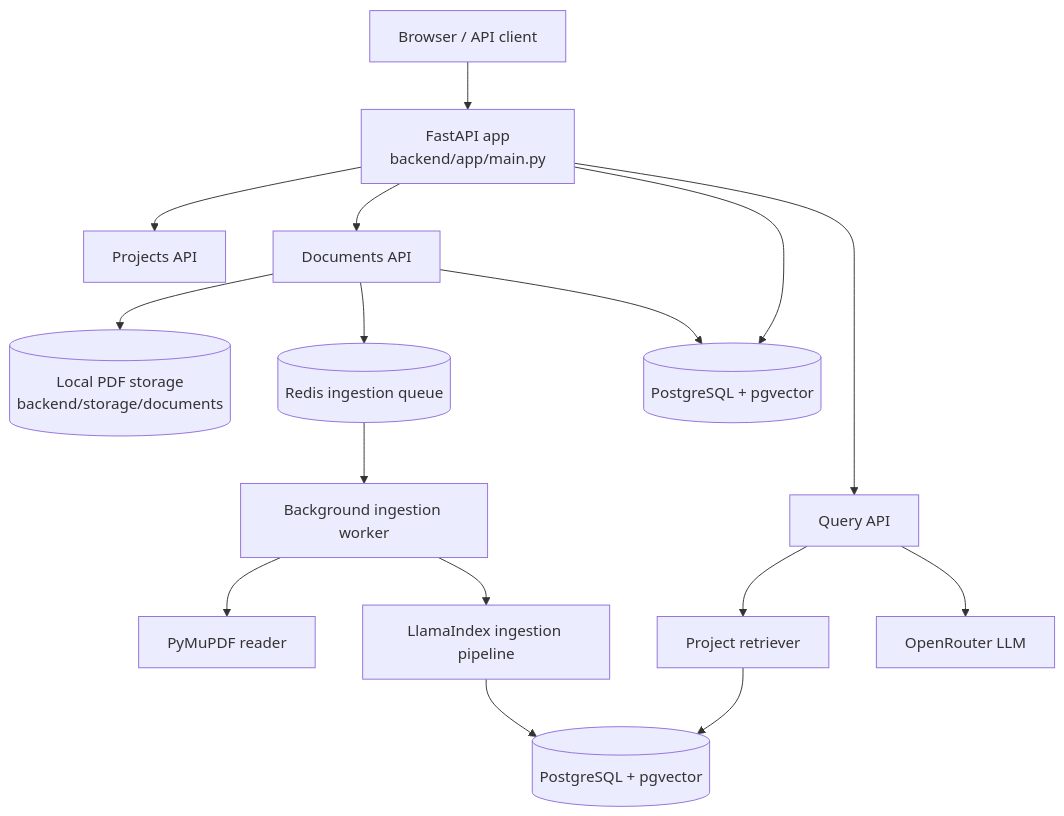
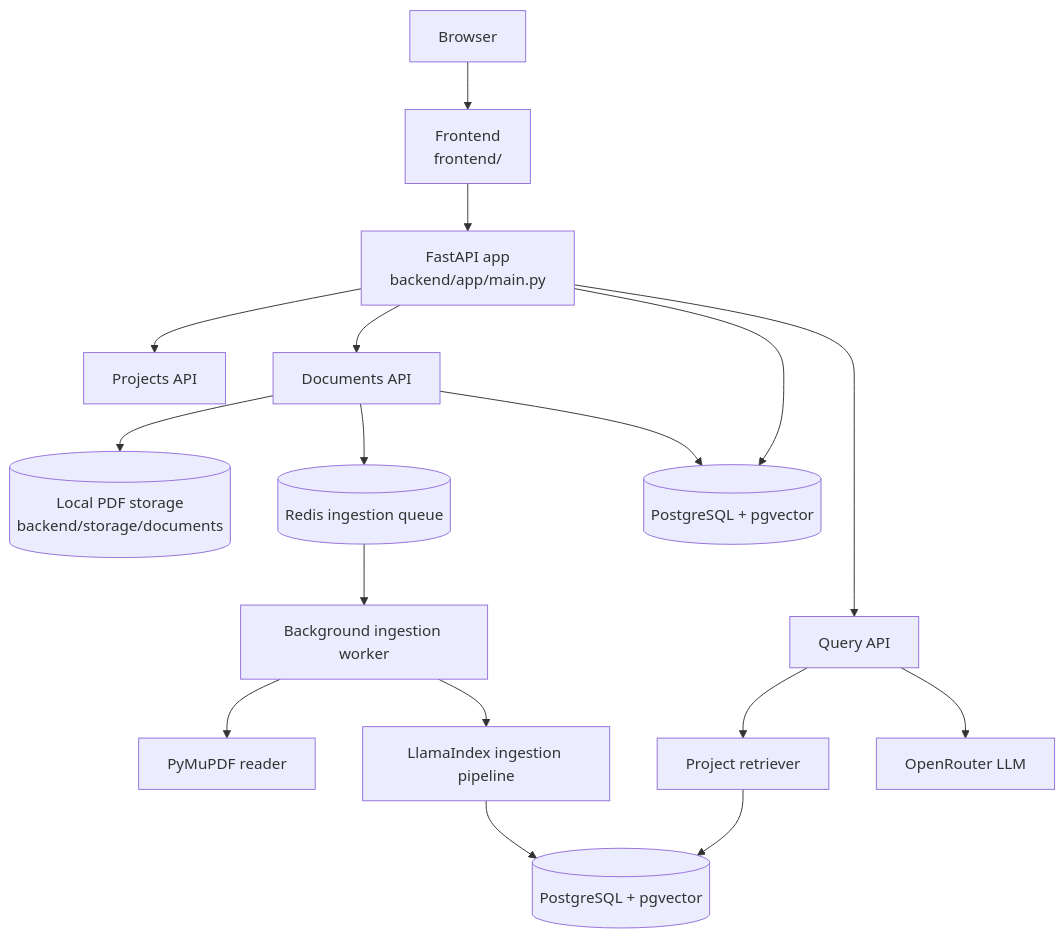
Before and after one commit to khushal-coder-learner/research-workspace: the diagram in README.md, drawn with Mermaid. The commit also changed other lines of this file, not shown here.

Commit message:
feat: enhance README with frontend details, runtime flow, and project attribution

````diff
--- a/README.md
+++ b/README.md
@@ -15,23 +18,24 @@
 ```mermaid
 flowchart TD
-    Client[Browser / API client] --> API[FastAPI app<br/>backend/app/main.py]
+    User[Browser] --> FE[Frontend<br/>frontend/]
+    FE --> API[FastAPI app<br/>backend/app/main.py]
 
     API --> Projects[Projects API]
     API --> Documents[Documents API]
     API --> Query[Query API]
 
     Documents --> Disk[(Local PDF storage<br/>backend/storage/documents)]
     Documents --> Queue[(Redis ingestion queue)]
     Documents --> DB[(PostgreSQL + pgvector)]
 
     Queue --> Worker[Background ingestion worker]
     Worker --> Reader[PyMuPDF reader]
     Worker --> Pipeline[LlamaIndex ingestion pipeline]
     Pipeline --> Store[(PostgreSQL + pgvector)]
 
     Query --> Retriever[Project retriever]
     Retriever --> Store
     Query --> LLM[OpenRouter LLM]
 
     API --> DB
 ```
````
